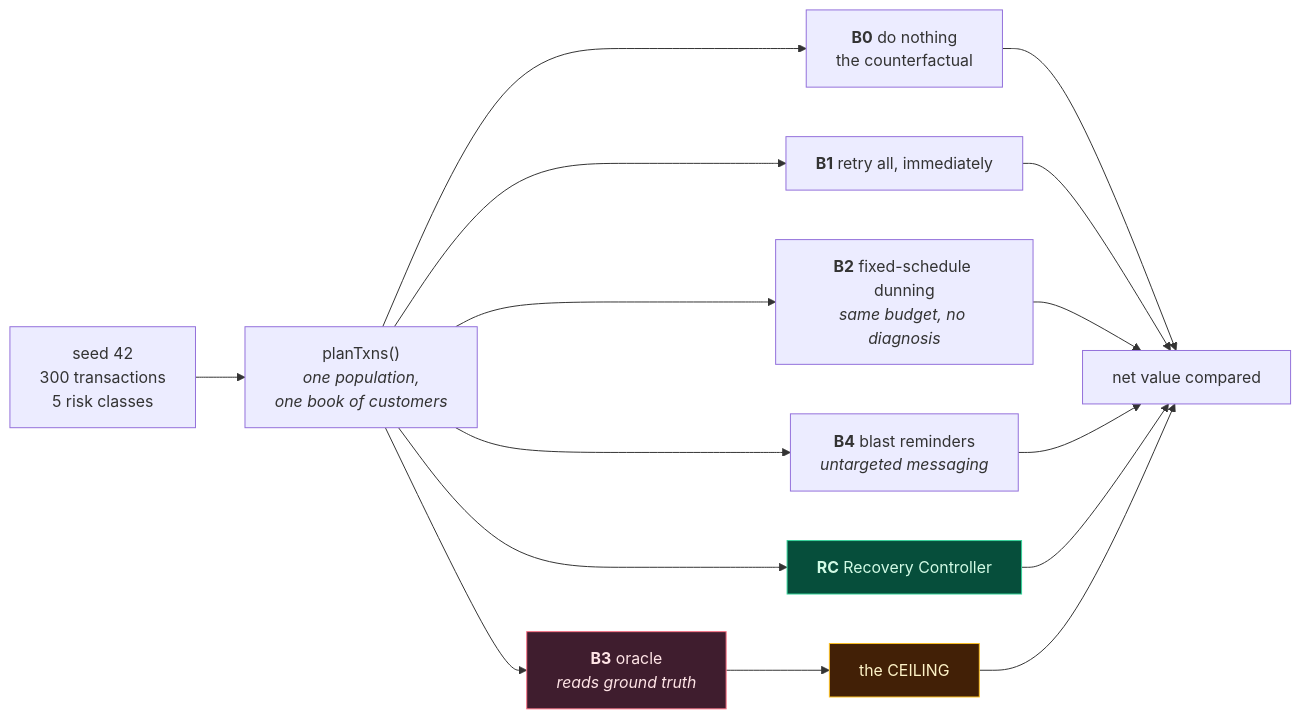
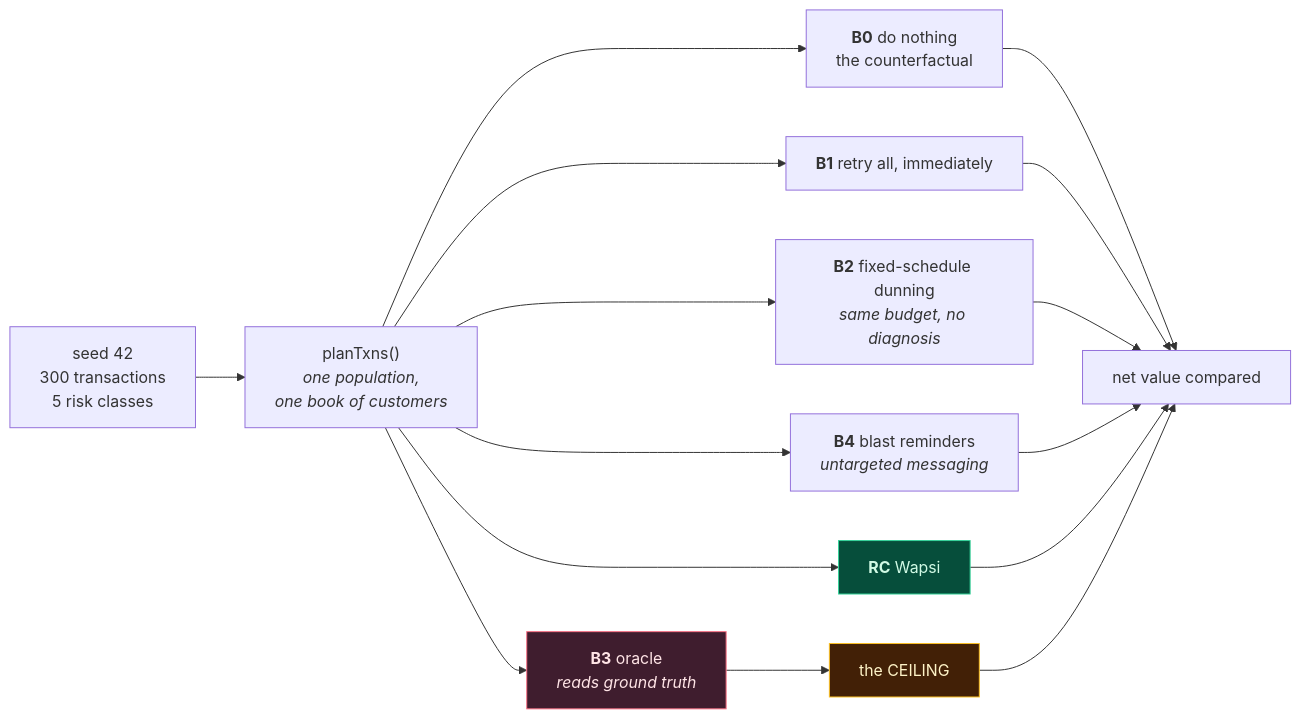
Before and after one commit to Ankit27-09/Wapsi: the tenth of 15 diagrams in ARCHITECTURE.md, drawn with Mermaid. The commit also changed other lines of this file and 20 other files, not shown here.

First line of the commit message:
Recovery Controller is now Wapsi

````diff
--- a/ARCHITECTURE.md
+++ b/ARCHITECTURE.md
@@ -532,19 +532,19 @@
 ```mermaid
 flowchart LR
     SEED["seed 42<br/>300 transactions<br/>5 risk classes"] --> POP["planTxns()<br/><i>one population,</i><br/><i>one book of customers</i>"]
 
     POP --> B0["<b>B0</b> do nothing<br/>the counterfactual"]
     POP --> B1["<b>B1</b> retry all, immediately"]
     POP --> B2["<b>B2</b> fixed-schedule dunning<br/><i>same budget, no diagnosis</i>"]
     POP --> B4["<b>B4</b> blast reminders<br/><i>untargeted messaging</i>"]
     POP --> B3["<b>B3</b> oracle<br/><i>reads ground truth</i>"]
-    POP --> RC["<b>RC</b> Recovery Controller"]
+    POP --> RC["<b>RC</b> Wapsi"]
 
     B0 & B1 & B2 & B4 & RC --> CMP["net value compared"]
     B3 --> CEIL["the CEILING"]
     CEIL --> CMP
 
     style B3 fill:#3f1d2e,stroke:#fb7185,color:#ffe4e6
     style RC fill:#064e3b,stroke:#34d399,color:#d1fae5
     style CEIL fill:#422006,stroke:#fbbf24,color:#fef3c7
 ```
````
